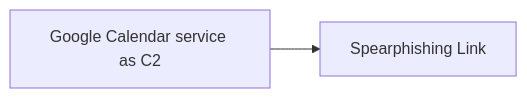
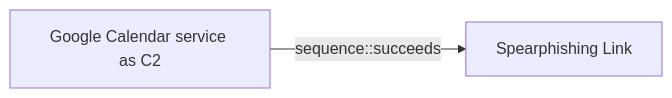
Before and after one commit to opentidehq/library: the diagram in docs/threats/google-calendar-service-as-c2.md, drawn with Mermaid. The commit also changed other lines of this file and 277 other files, not shown here.

````diff
--- a/docs/threats/google-calendar-service-as-c2.md
+++ b/docs/threats/google-calendar-service-as-c2.md
@@ -87,6 +129,6 @@
 ```mermaid
 flowchart LR
 3f0b4b8e_6017_406a_9461_740d542d0917["Google Calendar service as C2"]
 1a68b5eb_0112_424d_a21f_88dda0b6b8df["Spearphishing Link"]
-3f0b4b8e_6017_406a_9461_740d542d0917 --> 1a68b5eb_0112_424d_a21f_88dda0b6b8df
+3f0b4b8e_6017_406a_9461_740d542d0917 -->|sequence::succeeds| 1a68b5eb_0112_424d_a21f_88dda0b6b8df
 ```
````
